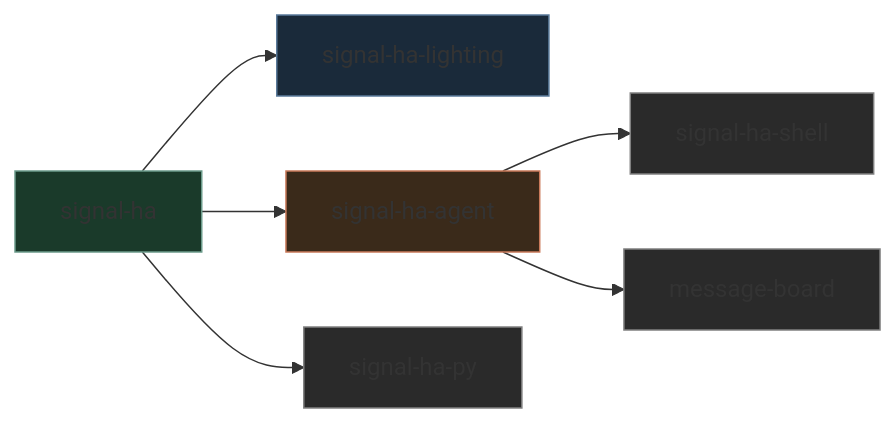
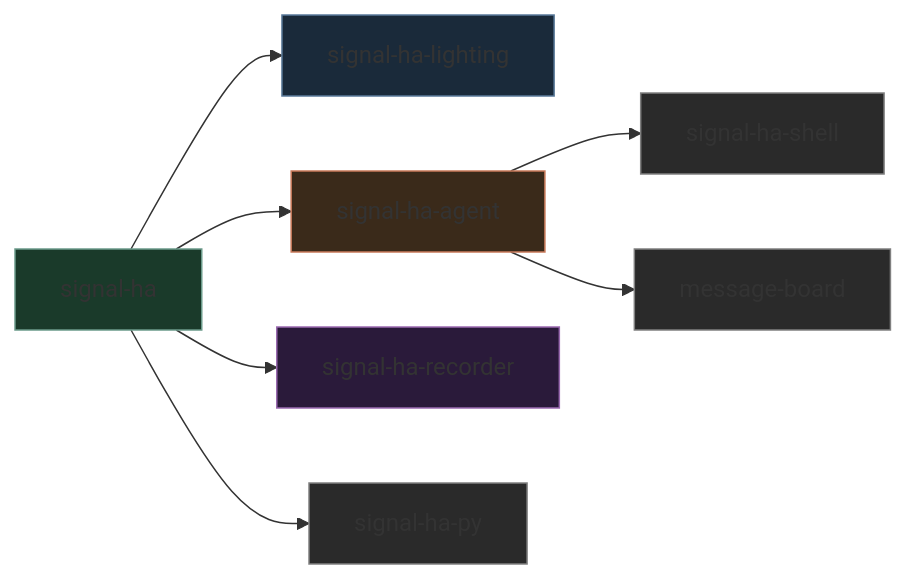
The second of 2 diagrams in docs/architecture.md (rsr5/signal-ha), drawn with Mermaid before and after one commit. The commit also changed other lines of this file and 2 other files, not shown here.

First line of the commit message:
docs: add signal-ha-recorder crate page, update architecture

````diff
--- a/docs/architecture.md
+++ b/docs/architecture.md
@@ -92,15 +99,17 @@
 ```mermaid
 graph LR
     CORE[signal-ha] --> LIGHTING[signal-ha-lighting]
     CORE --> AGENT[signal-ha-agent]
+    CORE --> REC[signal-ha-recorder]
     AGENT --> SHELL[signal-ha-shell]
     CORE --> PY[signal-ha-py]
     AGENT --> BOARD[message-board]
 
     style CORE fill:#1a3a2a,stroke:#6b9a8a
     style LIGHTING fill:#1a2a3a,stroke:#5a7a9a
     style AGENT fill:#3a2a1a,stroke:#c97a5a
     style SHELL fill:#2a2a2a,stroke:#808080
     style PY fill:#2a2a2a,stroke:#808080
     style BOARD fill:#2a2a2a,stroke:#808080
+    style REC fill:#2a1a3a,stroke:#9a6ab0
 ```
````
